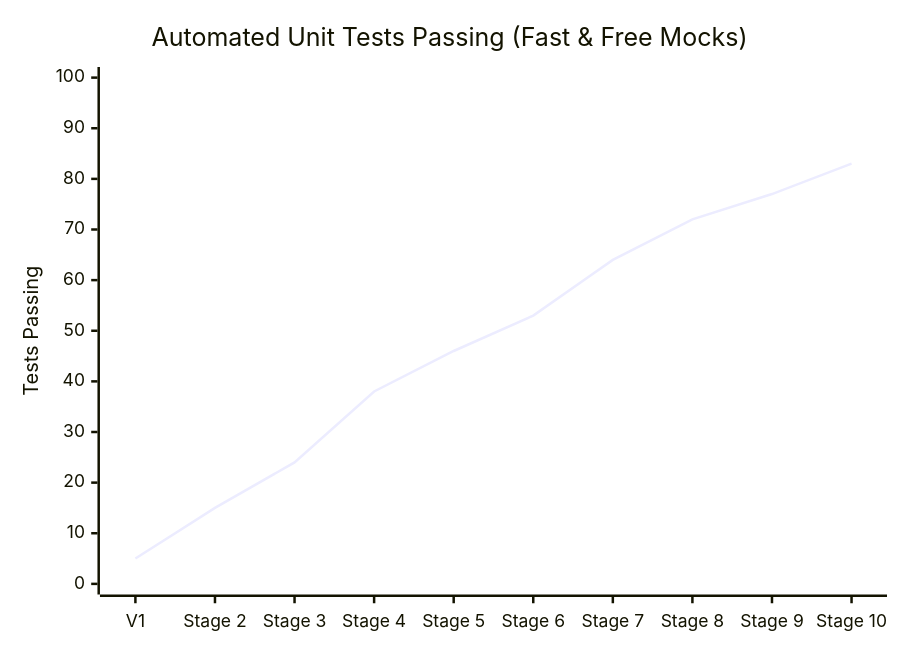
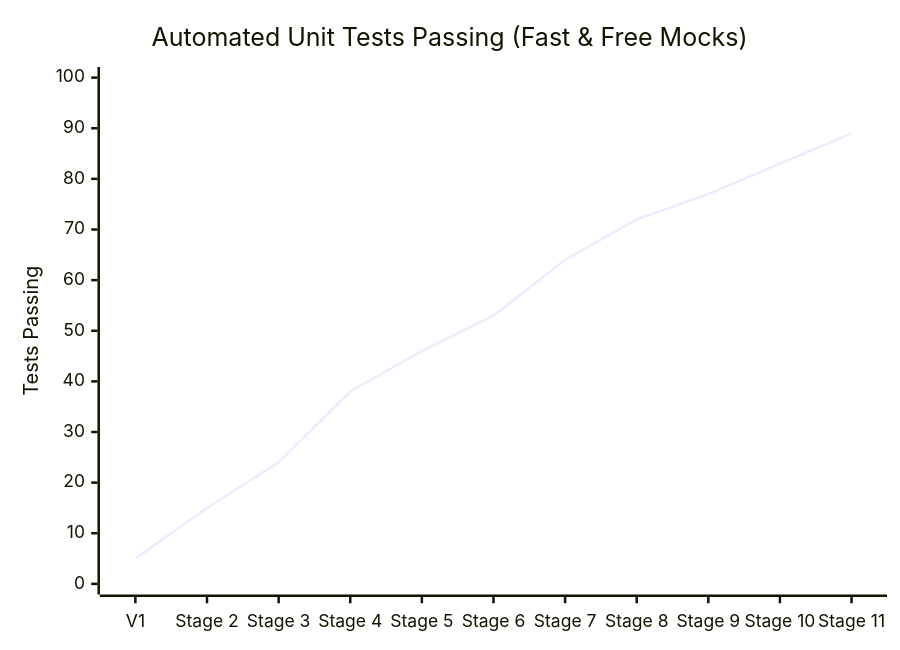
The second of 3 diagrams in METRICS.md (Rx4445/job-agent-), drawn with Mermaid before and after one commit. The commit also changed other lines of this file and 9 other files, not shown here.

````diff
--- a/METRICS.md
+++ b/METRICS.md
@@ -19,7 +19,7 @@
 ```mermaid
 xychart-beta
     title "Automated Unit Tests Passing (Fast & Free Mocks)"
-    x-axis ["V1", "Stage 2", "Stage 3", "Stage 4", "Stage 5", "Stage 6", "Stage 7", "Stage 8", "Stage 9", "Stage 10"]
+    x-axis ["V1", "Stage 2", "Stage 3", "Stage 4", "Stage 5", "Stage 6", "Stage 7", "Stage 8", "Stage 9", "Stage 10", "Stage 11"]
     y-axis "Tests Passing" 0 --> 100
-    line [5, 15, 24, 38, 46, 53, 64, 72, 77, 83]
+    line [5, 15, 24, 38, 46, 53, 64, 72, 77, 83, 89]
 ```
````
